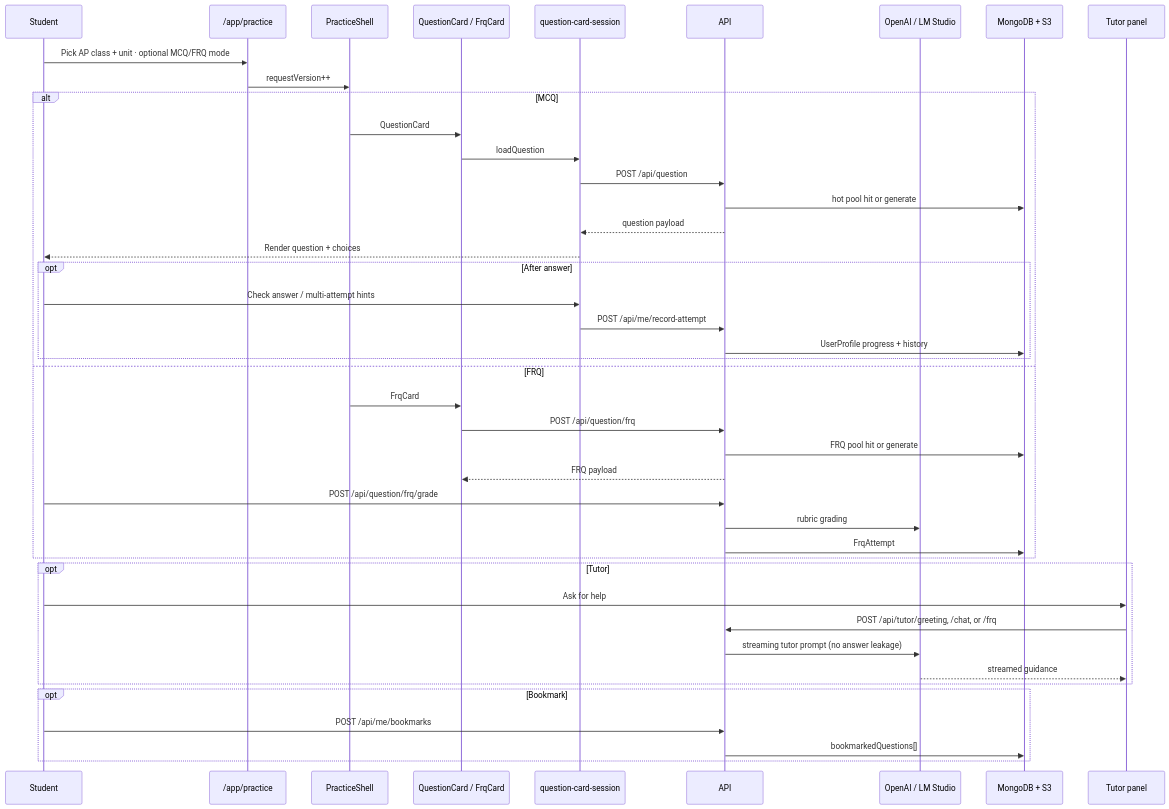
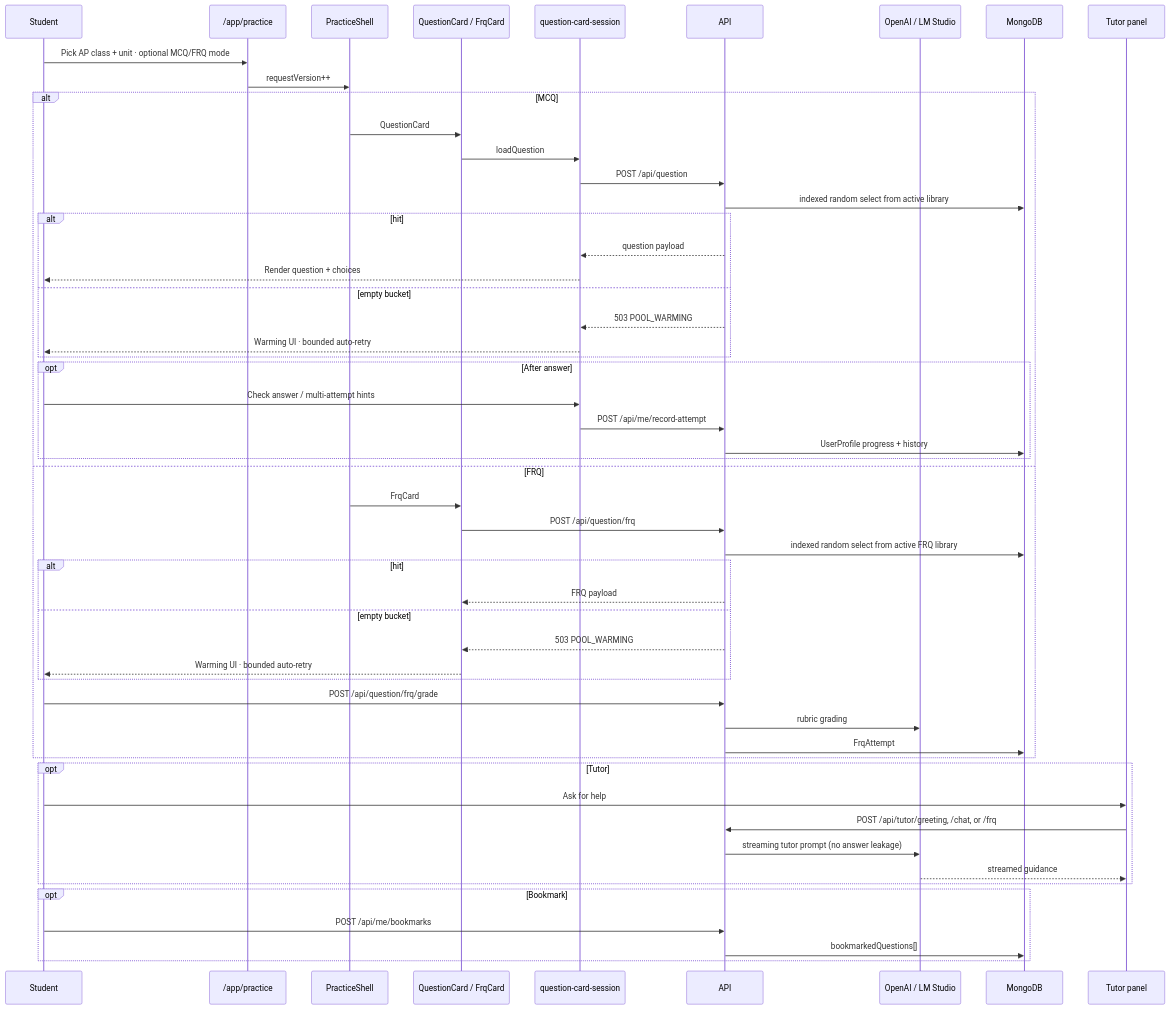
Before and after one commit to 5cisummai/freeappractice: the sixth of 7 diagrams in docs/architecture.md, drawn with Mermaid. The commit also changed other lines of this file and 72 other files, not shown here.

First line of the commit message:
Replace request-path generation with a durable Mongo question pool.

````diff
--- a/docs/architecture.md
+++ b/docs/architecture.md
@@ -246,48 +269,58 @@
 ```mermaid
 sequenceDiagram
     participant U as Student
     participant App as /app/practice
     participant PS as PracticeShell
     participant Card as QuestionCard / FrqCard
     participant Sess as question-card-session
     participant API as API
     participant AI as OpenAI / LM Studio
-    participant DB as MongoDB + S3
+    participant DB as MongoDB
     participant Tutor as Tutor panel
 
     U->>App: Pick AP class + unit · optional MCQ/FRQ mode
     App->>PS: requestVersion++
     alt MCQ
         PS->>Card: QuestionCard
         Card->>Sess: loadQuestion
         Sess->>API: POST /api/question
-        API->>DB: hot pool hit or generate
-        API-->>Sess: question payload
-        Sess-->>U: Render question + choices
+        API->>DB: indexed random select from active library
+        alt hit
+            API-->>Sess: question payload
+            Sess-->>U: Render question + choices
+        else empty bucket
+            API-->>Sess: 503 POOL_WARMING
+            Sess-->>U: Warming UI · bounded auto-retry
+        end
         opt After answer
             U->>Sess: Check answer / multi-attempt hints
             Sess->>API: POST /api/me/record-attempt
             API->>DB: UserProfile progress + history
         end
     else FRQ
         PS->>Card: FrqCard
         Card->>API: POST /api/question/frq
-        API->>DB: FRQ pool hit or generate
-        API-->>Card: FRQ payload
+        API->>DB: indexed random select from active FRQ library
+        alt hit
+            API-->>Card: FRQ payload
+        else empty bucket
+            API-->>Card: 503 POOL_WARMING
+            Card-->>U: Warming UI · bounded auto-retry
+        end
         U->>API: POST /api/question/frq/grade
         API->>AI: rubric grading
         API->>DB: FrqAttempt
     end
 
     opt Tutor
         U->>Tutor: Ask for help
         Tutor->>API: POST /api/tutor/greeting, /chat, or /frq
         API->>AI: streaming tutor prompt (no answer leakage)
         AI-->>Tutor: streamed guidance
     end
 
     opt Bookmark
         U->>API: POST /api/me/bookmarks
         API->>DB: bookmarkedQuestions[]
     end
 ```
````
